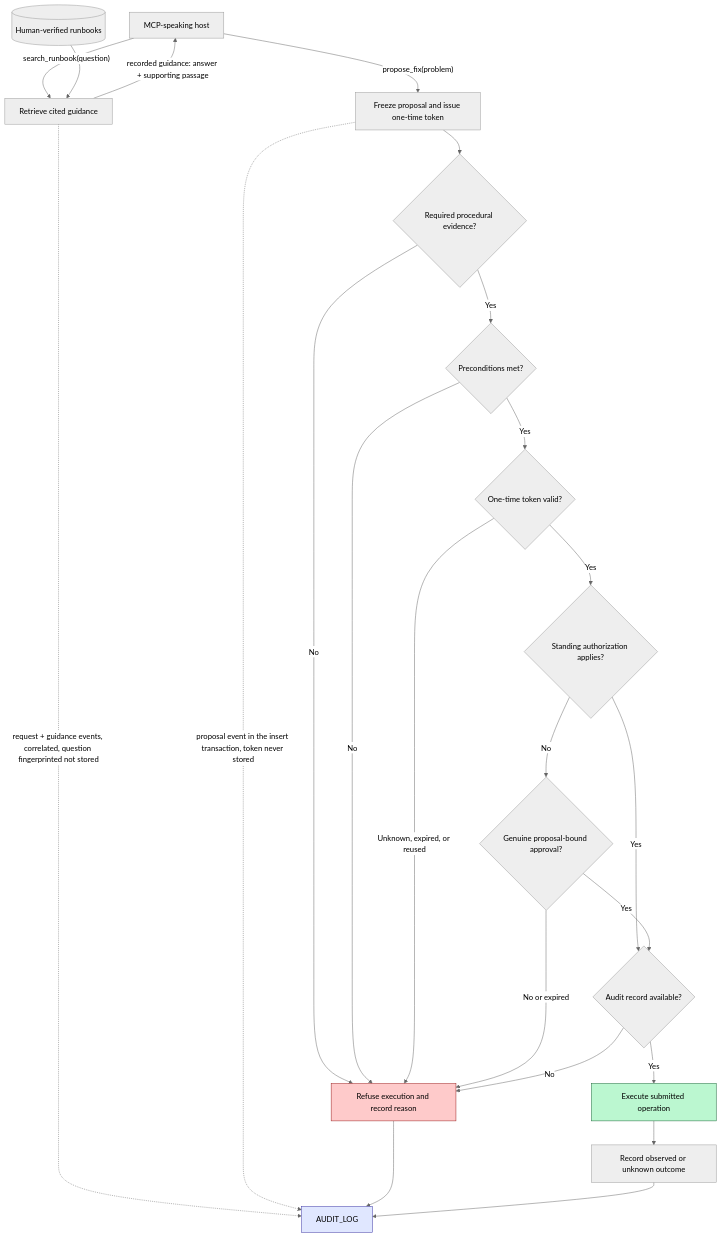
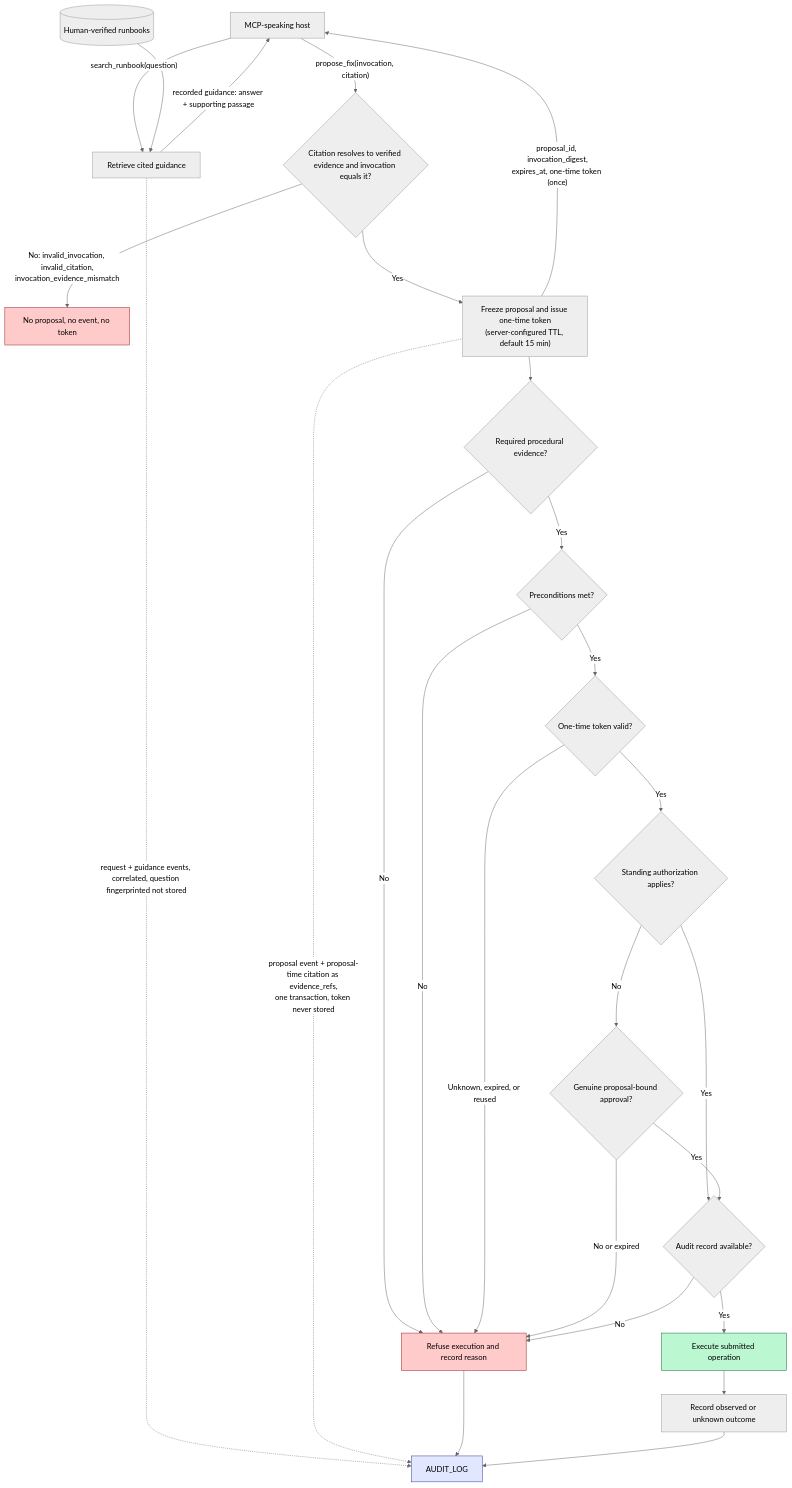
One commit to alanfong93/ops-guard changed the first of 2 diagrams in docs/system_flow.md. Above: the diagram before and after it, drawn with Mermaid (neutral theme). The commit also changed other lines of this file and 11 other files, not shown here.

Commit message:
feat: expose host-composed proposal creation as the propose_fix MCP tool (ADR 0008) (#57) (#70)

````diff
--- a/docs/system_flow.md
+++ b/docs/system_flow.md
@@ -3,30 +3,34 @@
 ```mermaid
 flowchart TD
     HOST["MCP-speaking host"] -->|"search_runbook(question)"| RETRIEVE["Retrieve cited guidance"]
     RUNBOOKS[("Human-verified runbooks")] --> RETRIEVE
     RETRIEVE -.->|"request + guidance events, correlated, question fingerprinted not stored"| AUDIT_LOG
     RETRIEVE -->|"recorded guidance: answer + supporting passage"| HOST
 
-    HOST -->|"propose_fix(problem)"| PROPOSE["Freeze proposal and issue one-time token"]
-    PROPOSE -.->|"proposal event in the insert transaction, token never stored"| AUDIT_LOG
+    HOST -->|"propose_fix(invocation, citation)"| MATCH{"Citation resolves to verified evidence and invocation equals it?"}
+    MATCH -->|"No: invalid_invocation, invalid_citation,<br>invocation_evidence_mismatch"| REFUSE_PROPOSAL["No proposal, no event, no token"]
+    MATCH -->|"Yes"| PROPOSE["Freeze proposal and issue one-time token<br>(server-configured TTL, default 15 min)"]
+    PROPOSE -.->|"proposal event + proposal-time citation as evidence_refs,<br>one transaction, token never stored"| AUDIT_LOG
+    PROPOSE -->|"proposal_id, invocation_digest,<br>expires_at, one-time token (once)"| HOST
     PROPOSE --> EVIDENCE{"Required procedural evidence?"}
     EVIDENCE -->|"No"| REFUSE["Refuse execution and record reason"]
     EVIDENCE -->|"Yes"| PRECONDITIONS{"Preconditions met?"}
     PRECONDITIONS -->|"No"| REFUSE
     PRECONDITIONS -->|"Yes"| TOKEN{"One-time token valid?"}
     TOKEN -->|"Unknown, expired, or reused"| REFUSE
     TOKEN -->|"Yes"| AUTH{"Standing authorization applies?"}
     AUTH -->|"Yes"| AUDIT{"Audit record available?"}
     AUTH -->|"No"| APPROVAL{"Genuine proposal-bound approval?"}
     APPROVAL -->|"No or expired"| REFUSE
     APPROVAL -->|"Yes"| AUDIT
     AUDIT -->|"No"| REFUSE
     AUDIT -->|"Yes"| EXECUTE["Execute submitted operation"]
     EXECUTE --> OUTCOME["Record observed or unknown outcome"]
     REFUSE --> AUDIT_LOG
     OUTCOME --> AUDIT_LOG
 
     style REFUSE fill:#fecaca,stroke:#991b1b,color:#000
+    style REFUSE_PROPOSAL fill:#fecaca,stroke:#991b1b,color:#000
     style EXECUTE fill:#bbf7d0,stroke:#166534,color:#000
     style AUDIT_LOG fill:#e0e7ff,stroke:#3730a3,color:#000
 ```
````
